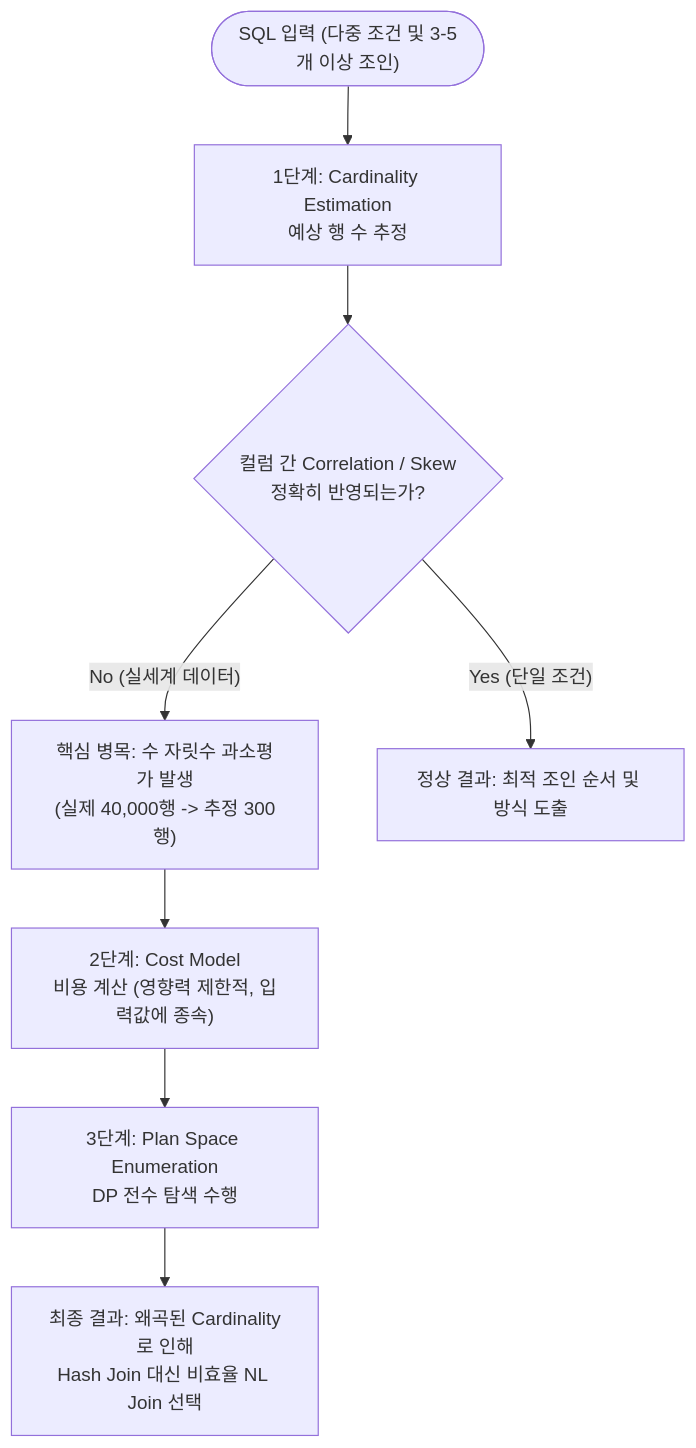
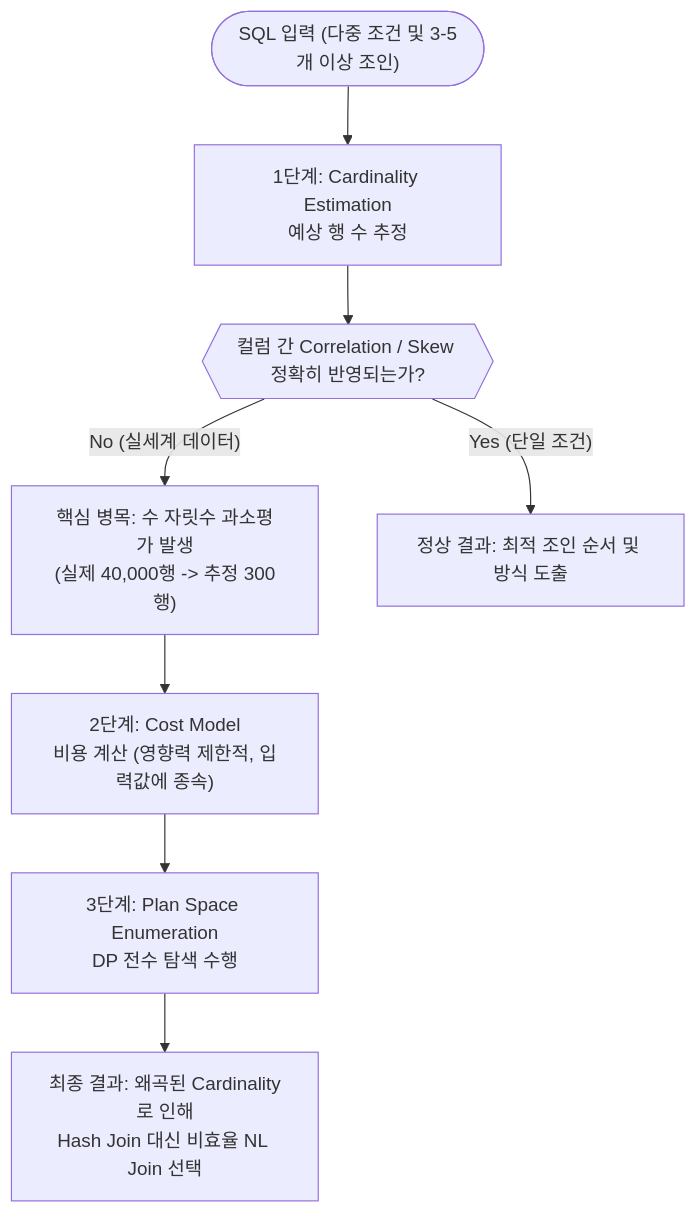
The first of 3 diagrams in docs/dbms/distributed/query-optimizer-cardinality-and-subquery-internals.md (djpibo/djpibo.github.io), drawn with Mermaid before and after one commit. The commit also changed 6 other files, not shown here.

Commit message:
style(mermaid): replace oversized diamond nodes with compact hexagon nodes

````diff
--- a/docs/dbms/distributed/query-optimizer-cardinality-and-subquery-internals.md
+++ b/docs/dbms/distributed/query-optimizer-cardinality-and-subquery-internals.md
@@ -19,17 +19,17 @@
 ```mermaid
 flowchart TD
 
     Q(["SQL 입력 (다중 조건 및 3-5개 이상 조인)"])
     CE["1단계: Cardinality Estimation<br/>예상 행 수 추정"]
-    CE_CHECK{"컬럼 간 Correlation / Skew<br/>정확히 반영되는가?"}
+    CE_CHECK{{"컬럼 간 Correlation / Skew 정확히 반영되는가?"}}
     CE_ERR["핵심 병목: 수 자릿수 과소평가 발생<br/>(실제 40,000행 -> 추정 300행)"]
 
     CM["2단계: Cost Model<br/>비용 계산 (영향력 제한적, 입력값에 종속)"]
     PE["3단계: Plan Space Enumeration<br/>DP 전수 탐색 수행"]
     RES["최종 결과: 왜곡된 Cardinality로 인해<br/>Hash Join 대신 비효율 NL Join 선택"]
     OK["정상 결과: 최적 조인 순서 및 방식 도출"]
 
     Q --> CE --> CE_CHECK
     CE_CHECK -->|"No (실세계 데이터)"| CE_ERR --> CM --> PE --> RES
     CE_CHECK -->|"Yes (단일 조건)"| OK
 ```
````
